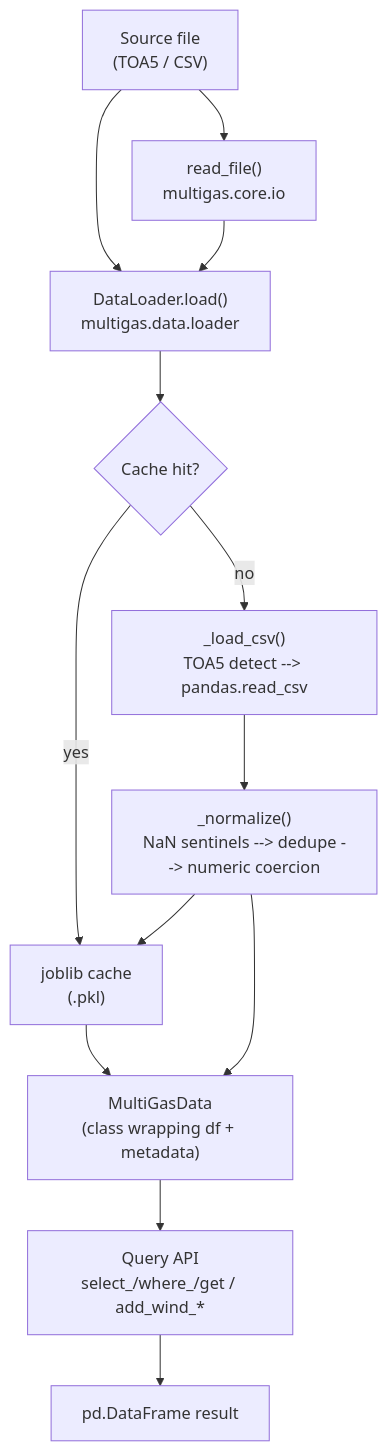
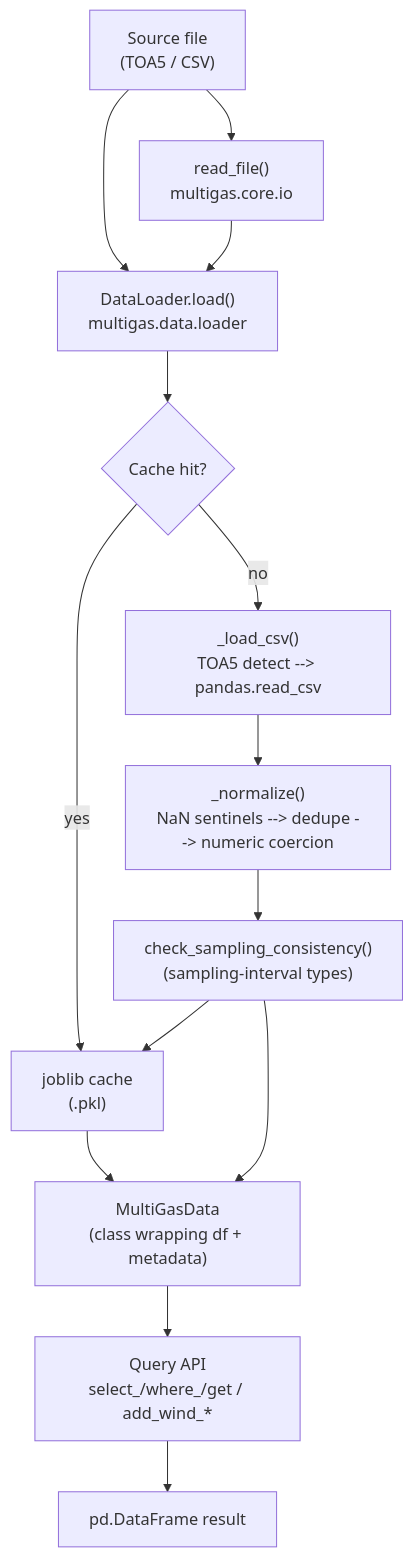
One commit to martanto/multigas changed the diagram in wiki/Home.md. Above: the diagram before and after it, drawn with Mermaid. The commit also changed other lines of this file and 6 other files, not shown here.

````diff
--- a/wiki/Home.md
+++ b/wiki/Home.md
@@ -73,15 +73,16 @@
 ```mermaid
 flowchart TD
     A["Source file<br/>(TOA5 / CSV)"] --> B["read_file()<br/>multigas.core.io"]
     A --> C["DataLoader.load()<br/>multigas.data.loader"]
     B --> C
     C --> D{Cache hit?}
     D -->|yes| E["joblib cache<br/>(.pkl)"]
     D -->|no| F["_load_csv()<br/>TOA5 detect --> pandas.read_csv"]
     F --> G["_normalize()<br/>NaN sentinels --> dedupe --> numeric coercion"]
-    G --> E
+    G --> S["check_sampling_consistency()<br/>(sampling-interval types)"]
+    S --> E
     E --> H["MultiGasData<br/>(class wrapping df + metadata)"]
-    G --> H
+    S --> H
     H --> I["Query API<br/>select_/where_/get / add_wind_*"]
     I --> J["pd.DataFrame result"]
 ```
````
